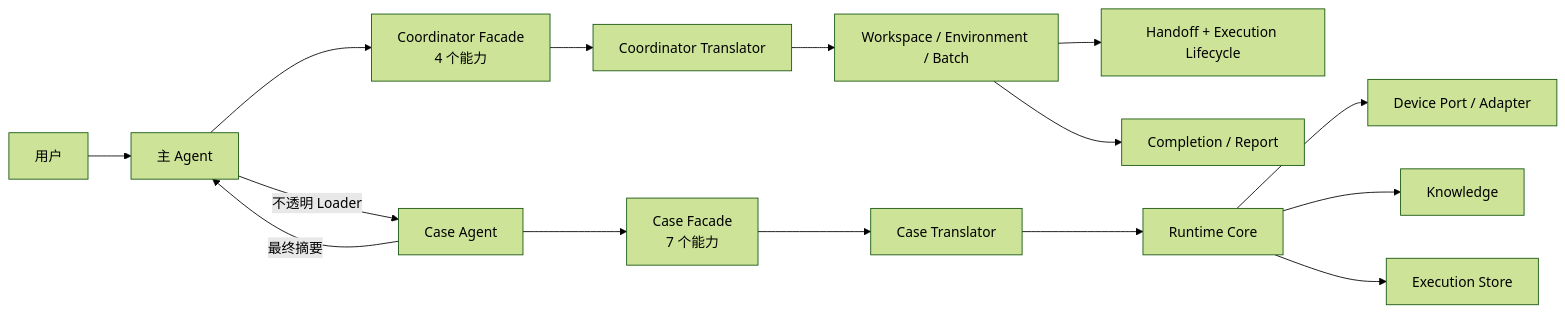
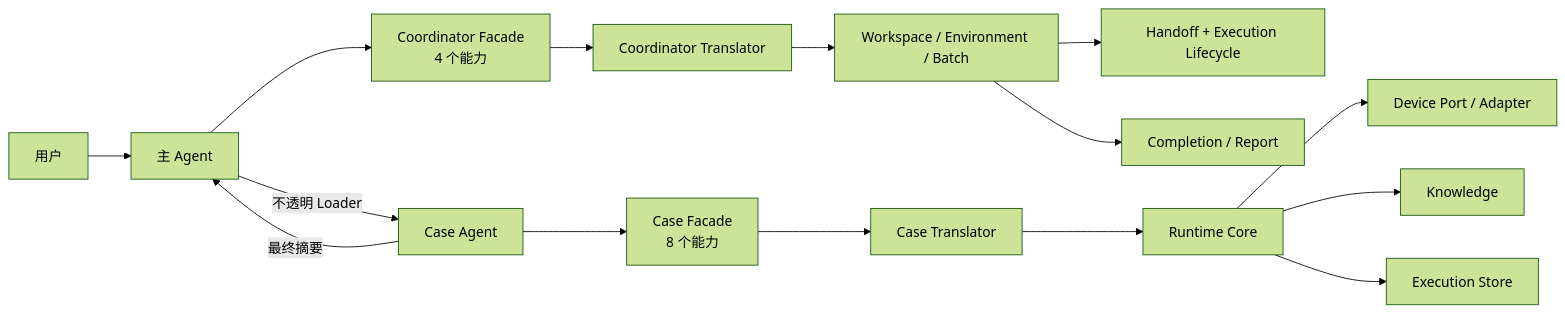
The first of 2 diagrams in skills/mobile-ai-visual-test/docs/architecture.md (lianghuihui-plus/DevKit), drawn with Mermaid (forest theme) before and after one commit. The commit also changed other lines of this file and 70 other files, not shown here.

Commit message:
feat(mavt): introduce case flow execution model

````diff
--- a/skills/mobile-ai-visual-test/docs/architecture.md
+++ b/skills/mobile-ai-visual-test/docs/architecture.md
@@ -19,17 +19,17 @@
 ```mermaid
 flowchart LR
   U["用户"] --> M["主 Agent"]
   M --> CF["Coordinator Facade<br/>4 个能力"]
   CF --> CT["Coordinator Translator"]
   CT --> B["Workspace / Environment / Batch"]
   B --> L["Handoff + Execution Lifecycle"]
   M -->|"不透明 Loader"| A["Case Agent"]
-  A --> AF["Case Facade<br/>7 个能力"]
+  A --> AF["Case Facade<br/>8 个能力"]
   AF --> AT["Case Translator"]
   AT --> R["Runtime Core"]
   R --> D["Device Port / Adapter"]
   R --> K["Knowledge"]
   R --> S["Execution Store"]
   A -->|"最终摘要"| M
   B --> P["Completion / Report"]
 ```
````
